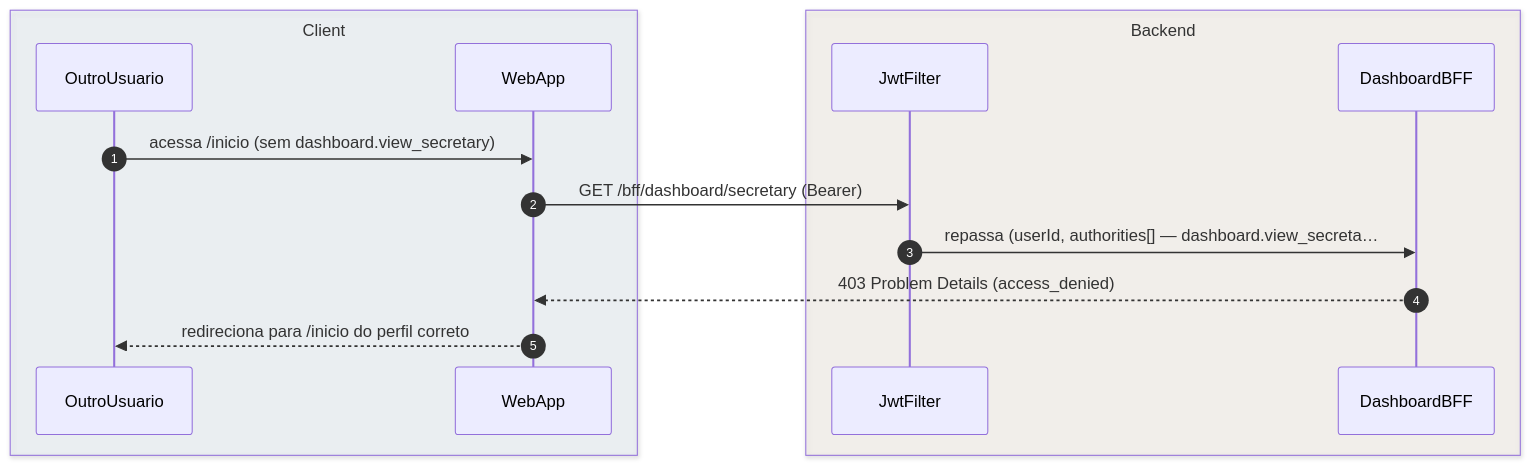
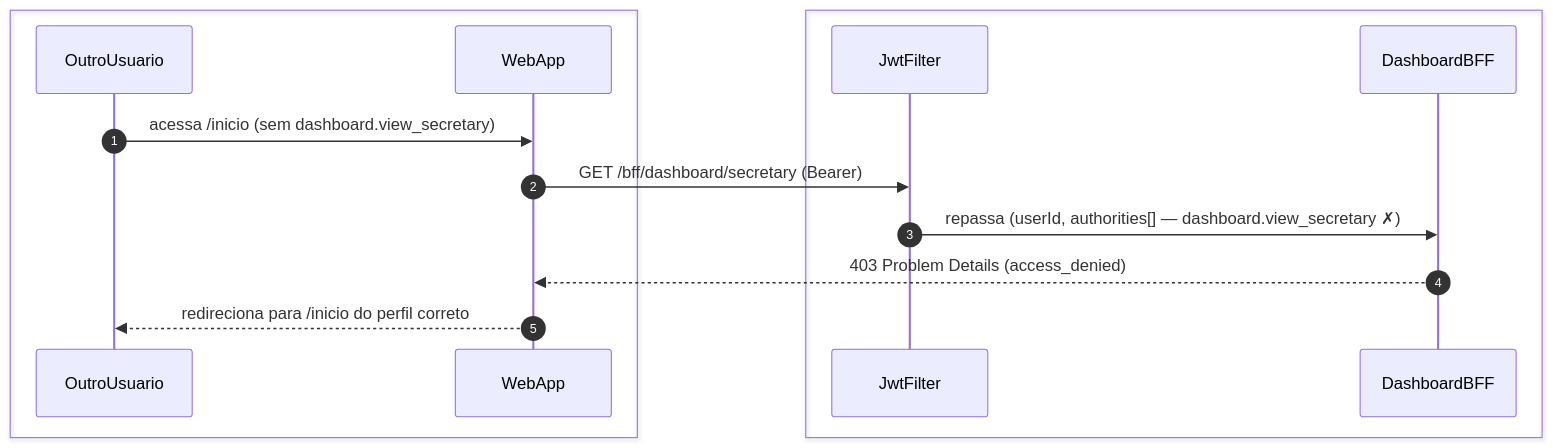
One commit to umishell/secretariaOnline2 changed the third of 3 diagrams in foundationDocs/sequenceDiagrams/F5 — Secretaria/US-F5-001-DASHBOARD.md. Above: the diagram before and after it, drawn with Mermaid. The commit also changed other lines of this file and 70 other files, not shown here.

First line of the commit message:
Enhance database documentation and introduce new schema files

````diff
--- a/foundationDocs/sequenceDiagrams/F5 — Secretaria/US-F5-001-DASHBOARD.md
+++ b/foundationDocs/sequenceDiagrams/F5 — Secretaria/US-F5-001-DASHBOARD.md
@@ -137,18 +137,18 @@
 ```mermaid
 sequenceDiagram
     autonumber
-    box rgba(230,245,255,0.3) Client
+    box #e8f4fc Cliente
         participant OutroUsuario
         participant WebApp
     end
-    box rgba(255,245,230,0.3) Backend
+    box #fff8ee Servidor
         participant JwtFilter
         participant DashboardBFF
     end
 
     OutroUsuario->>WebApp: acessa /inicio (sem dashboard.view_secretary)
     WebApp->>JwtFilter: GET /bff/dashboard/secretary (Bearer)
-    JwtFilter->>DashboardBFF: repassa (userId, authorities[] — dashboard.view_secreta…
+    JwtFilter->>DashboardBFF: repassa (userId, authorities[] — dashboard.view_secretary ✗)
     DashboardBFF-->>WebApp: 403 Problem Details (access_denied)
     WebApp-->>OutroUsuario: redireciona para /inicio do perfil correto
 ```
````
